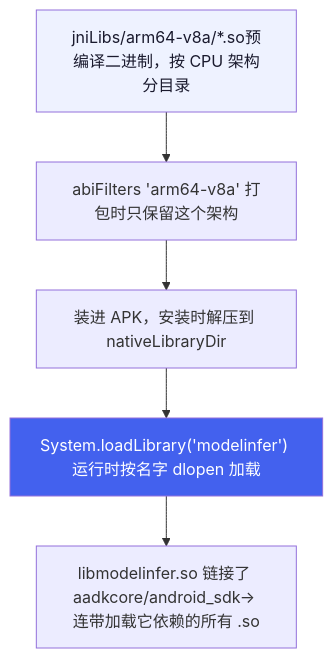
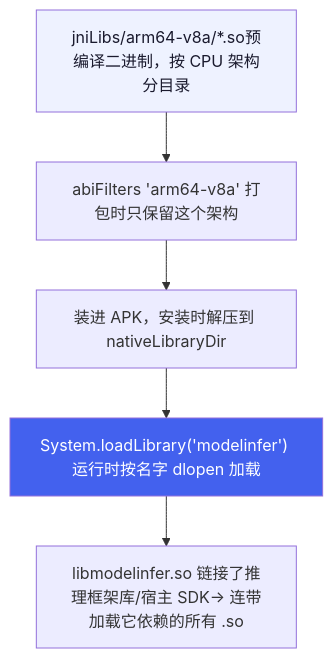
Before and after one commit to ranpin/edge-ai-docs: the third of 4 diagrams in cockpit/general/android-jni.md, drawn with Mermaid. The commit also changed other lines of this file and 2 other files, not shown here.

````diff
--- a/cockpit/general/android-jni.md
+++ b/cockpit/general/android-jni.md
@@ -428,9 +428,9 @@
 ```mermaid
 flowchart TB
     A["jniLibs/arm64-v8a/*.so预编译二进制，按 CPU 架构分目录"] --> B["abiFilters 'arm64-v8a' 打包时只保留这个架构"]
     B --> C["装进 APK，安装时解压到 nativeLibraryDir"]
     C --> D["System.loadLibrary('modelinfer') 运行时按名字 dlopen 加载"]
-    D --> E["libmodelinfer.so 链接了 aadkcore/android_sdk→ 连带加载它依赖的所有 .so"]
+    D --> E["libmodelinfer.so 链接了推理框架库/宿主 SDK→ 连带加载它依赖的所有 .so"]
     style A fill:#eef2ff,color:#1a1a2e
     style D fill:#4361ee,color:#fff
 ```
````
